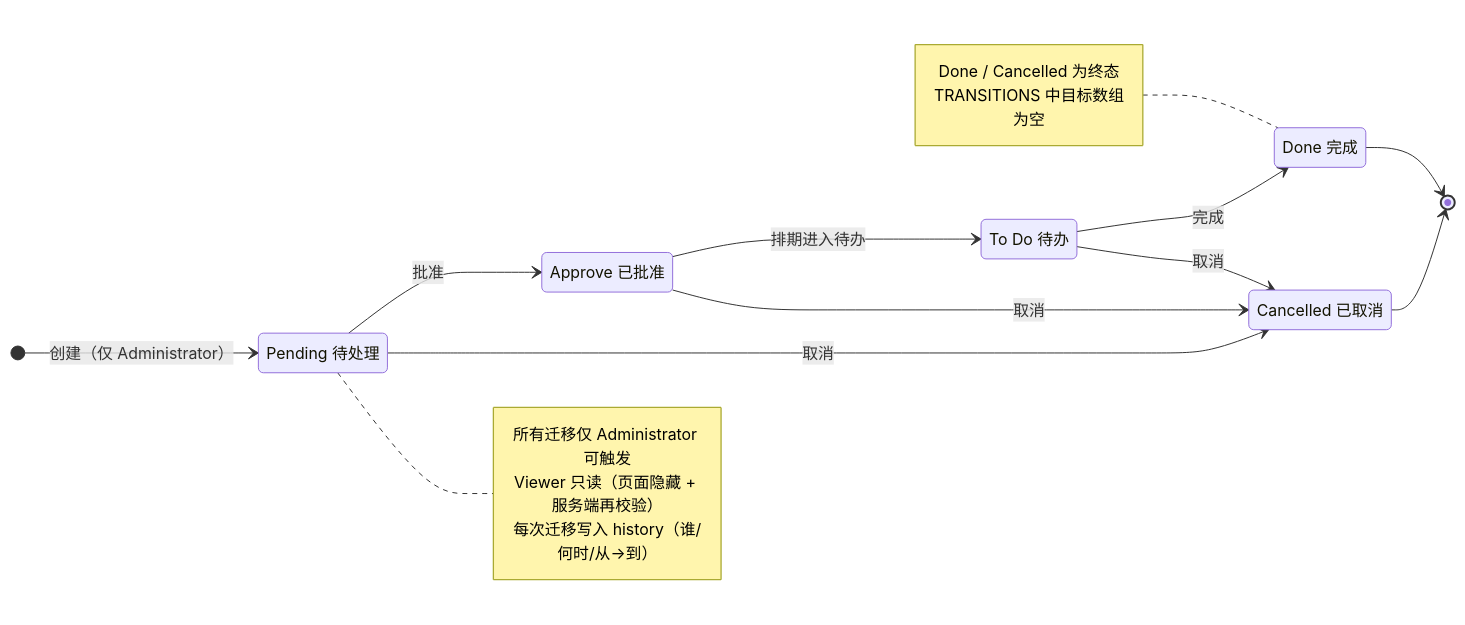
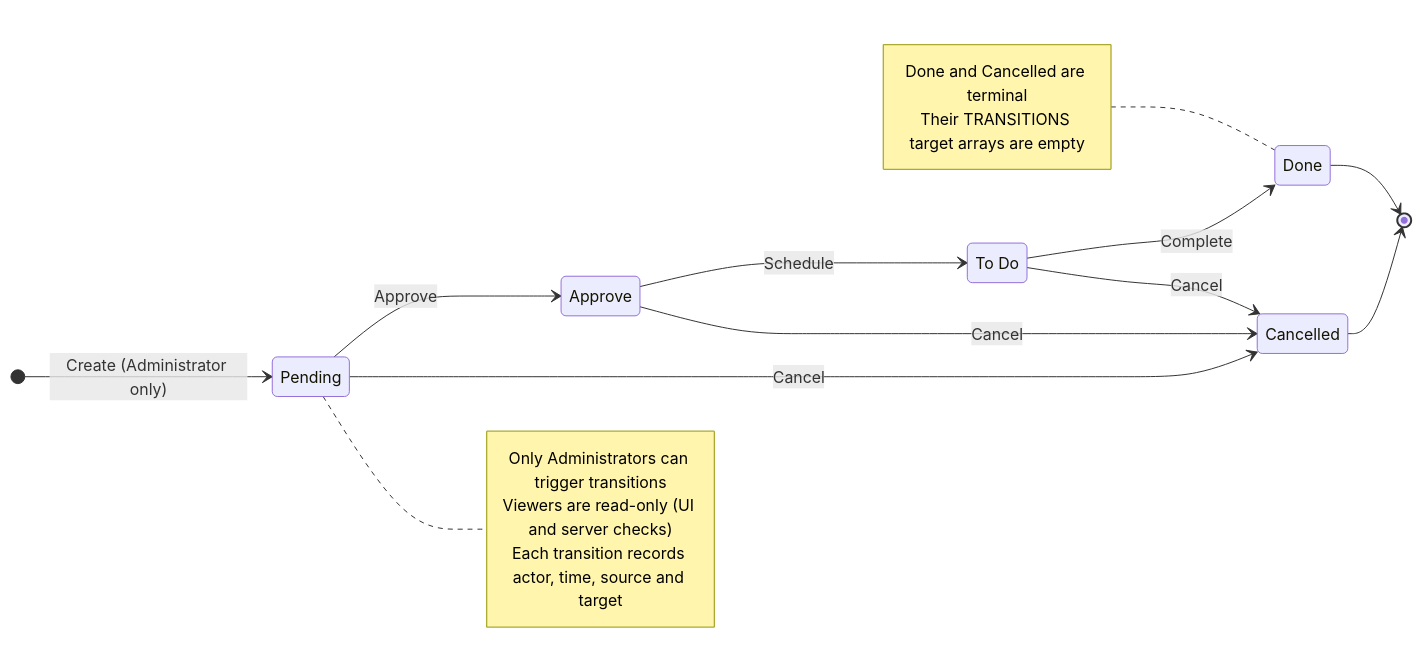
Before and after one commit to yiyumeng233-wq/Task-manager: the diagram in docs/diagrams/src/06-workflow-state.mmd, drawn with Mermaid. The commit also changed 39 other files, not shown here.

Commit message:
docs: translate Chinese comments and architecture assets into English

```diff
--- a/docs/diagrams/src/06-workflow-state.mmd
+++ b/docs/diagrams/src/06-workflow-state.mmd
@@ -1,27 +1,27 @@
 stateDiagram-v2
     direction LR
-    state "Pending 待处理" as PENDING
-    state "Approve 已批准" as APPROVED
-    state "To Do 待办" as TODO
-    state "Done 完成" as DONE
-    state "Cancelled 已取消" as CANCELLED
+    state "Pending" as PENDING
+    state "Approve" as APPROVED
+    state "To Do" as TODO
+    state "Done" as DONE
+    state "Cancelled" as CANCELLED
 
-    [*] --> PENDING : 创建（仅 Administrator）
-    PENDING --> APPROVED : 批准
-    APPROVED --> TODO : 排期进入待办
-    TODO --> DONE : 完成
-    PENDING --> CANCELLED : 取消
-    APPROVED --> CANCELLED : 取消
-    TODO --> CANCELLED : 取消
+    [*] --> PENDING : Create (Administrator only)
+    PENDING --> APPROVED : Approve
+    APPROVED --> TODO : Schedule
+    TODO --> DONE : Complete
+    PENDING --> CANCELLED : Cancel
+    APPROVED --> CANCELLED : Cancel
+    TODO --> CANCELLED : Cancel
     DONE --> [*]
     CANCELLED --> [*]
 
     note right of PENDING
-        所有迁移仅 Administrator 可触发
-        Viewer 只读（页面隐藏 + 服务端再校验）
-        每次迁移写入 history（谁/何时/从→到）
+        Only Administrators can trigger transitions
+        Viewers are read-only (UI and server checks)
+        Each transition records actor, time, source and target
     end note
     note left of DONE
-        Done / Cancelled 为终态
-        TRANSITIONS 中目标数组为空
+        Done and Cancelled are terminal
+        Their TRANSITIONS target arrays are empty
     end note
```
